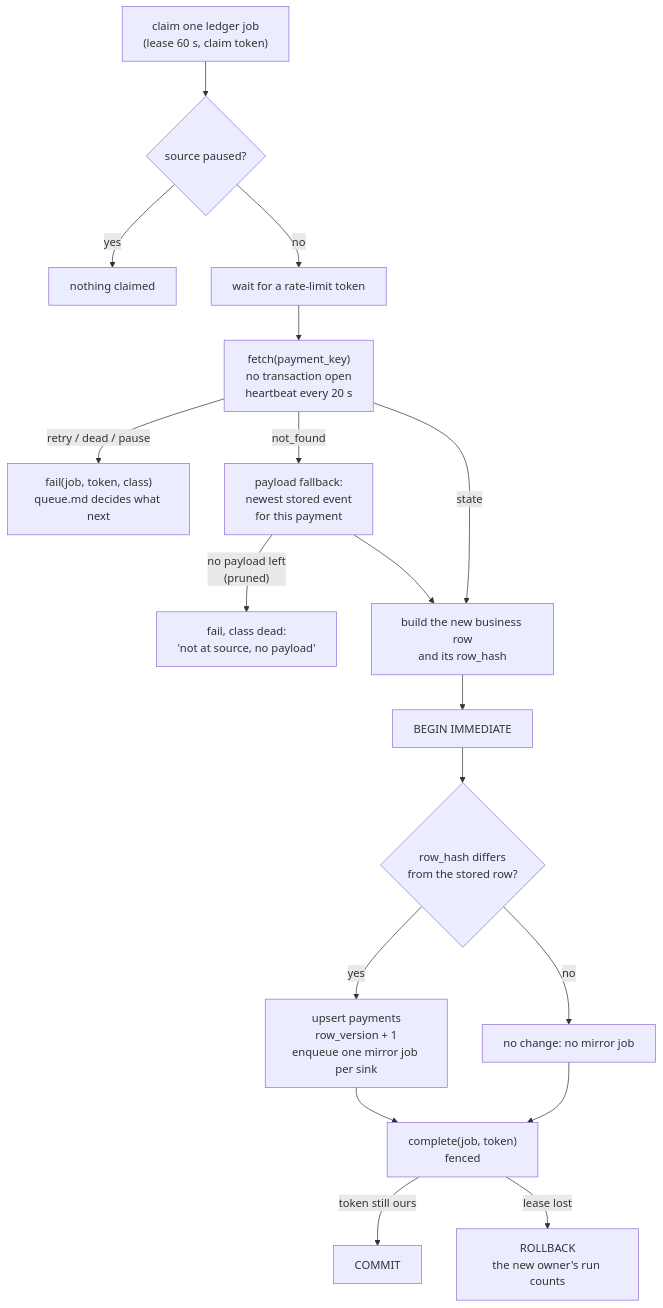
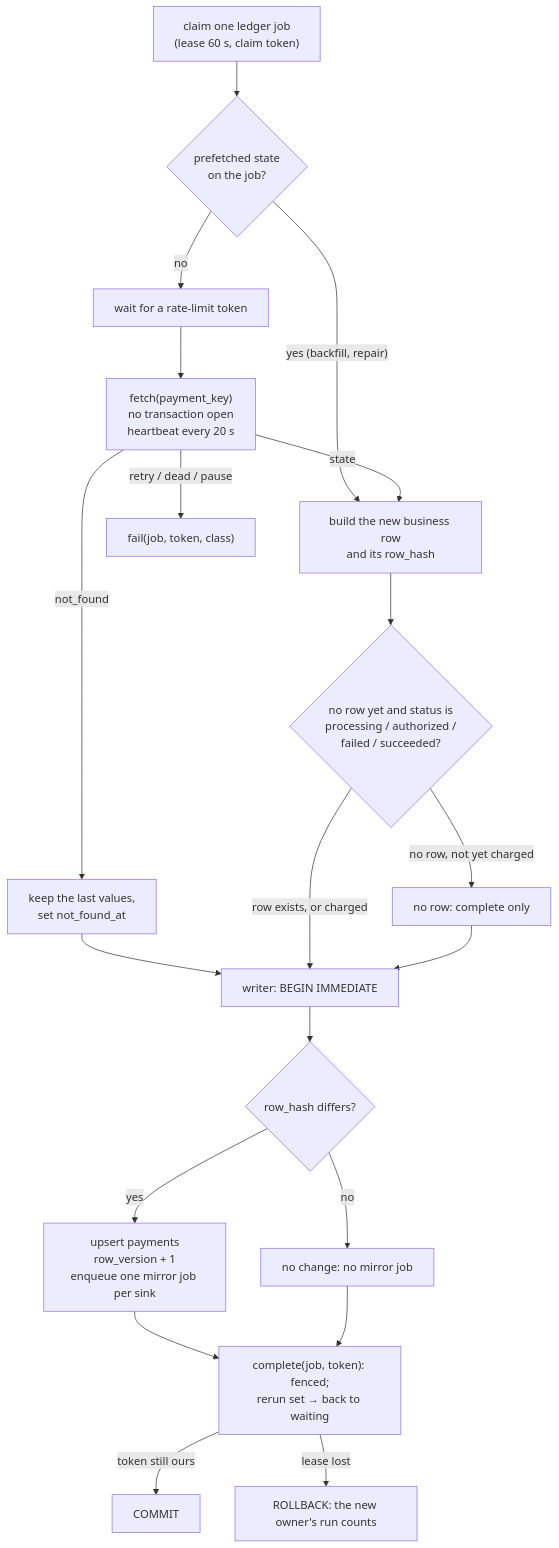
The diagram in docs/design/ledger-worker.md (lalitkarthik/webhook-sync), drawn with Mermaid before and after one commit. The commit also changed other lines of this file and 23 other files, not shown here.

````diff
--- a/docs/design/ledger-worker.md
+++ b/docs/design/ledger-worker.md
@@ -13,19 +13,21 @@
 ```mermaid
 flowchart TD
-  CL["claim one ledger job<br/>(lease 60 s, claim token)"] --> PS{"source paused?"}
-  PS -- yes --> NONE["nothing claimed"]
-  PS -- no --> RL["wait for a rate-limit token"]
+  CL["claim one ledger job<br/>(lease 60 s, claim token)"] --> PF{"prefetched state<br/>on the job?"}
+  PF -- "yes (backfill, repair)" --> NR
+  PF -- no --> RL["wait for a rate-limit token"]
   RL --> FE["fetch(payment_key)<br/>no transaction open<br/>heartbeat every 20 s"]
-  FE -- "retry / dead / pause" --> FA["fail(job, token, class)<br/>queue.md decides what next"]
-  FE -- "not_found" --> PL["payload fallback:<br/>newest stored event<br/>for this payment"]
-  PL -- "no payload left<br/>(pruned)" --> FD["fail, class dead:<br/>'not at source, no payload'"]
-  PL --> NR
+  FE -- "retry / dead / pause" --> FA["fail(job, token, class)"]
+  FE -- "not_found" --> NF["keep the last values,<br/>set not_found_at"]
   FE -- "state" --> NR["build the new business row<br/>and its row_hash"]
-  NR --> TX["BEGIN IMMEDIATE"]
-  TX --> CMP{"row_hash differs<br/>from the stored row?"}
+  NF --> TX
+  NR --> NEWQ{"no row yet and status is<br/>processing / authorized /<br/>failed / succeeded?"}
+  NEWQ -- "no row, not yet charged" --> SKIP0["no row: complete only"]
+  NEWQ -- "row exists, or charged" --> TX["writer: BEGIN IMMEDIATE"]
+  SKIP0 --> TX
+  TX --> CMP{"row_hash differs?"}
   CMP -- yes --> UP["upsert payments<br/>row_version + 1<br/>enqueue one mirror job per sink"]
-  CMP -- no --> SKIP["no change: no mirror job"]
-  UP & SKIP --> CO["complete(job, token)<br/>fenced"]
+  CMP -- no --> SAME["no change: no mirror job"]
+  UP & SAME --> CO["complete(job, token): fenced;<br/>rerun set → back to waiting"]
   CO -- "token still ours" --> COMMIT["COMMIT"]
-  CO -- "lease lost" --> RB["ROLLBACK<br/>the new owner's run counts"]
+  CO -- "lease lost" --> RB["ROLLBACK: the new owner's run counts"]
 ```
````
